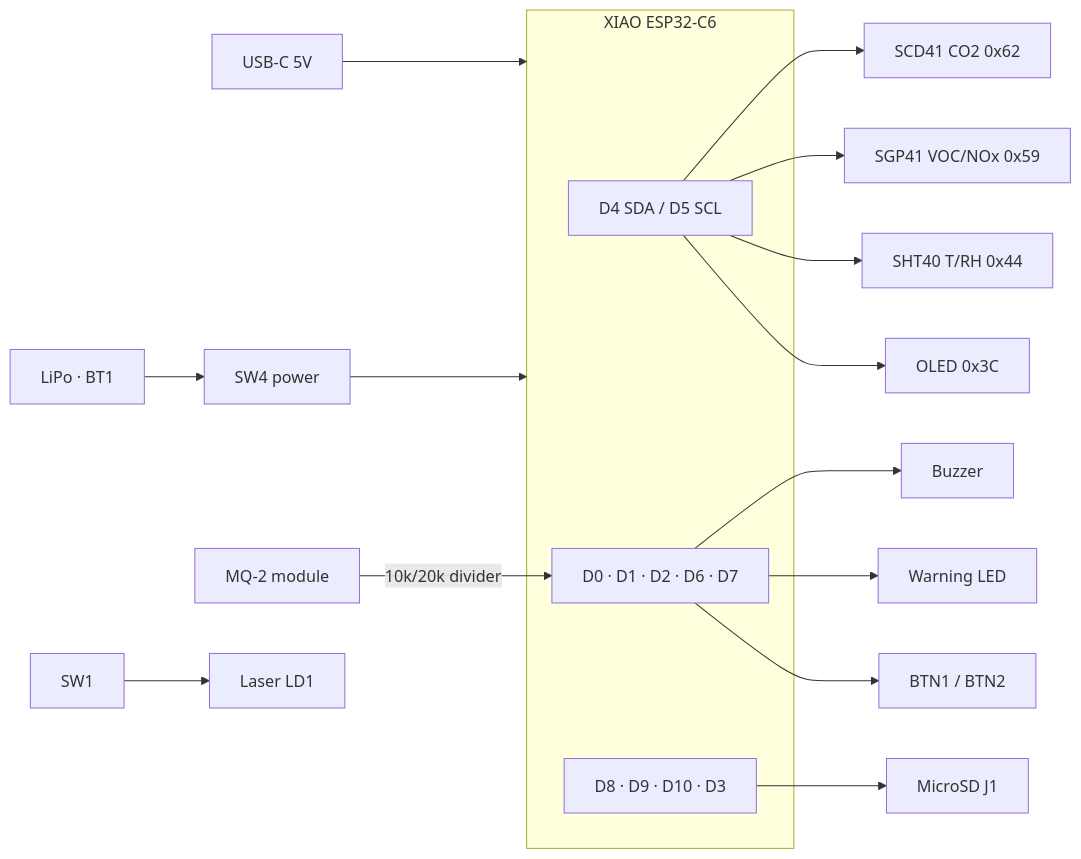
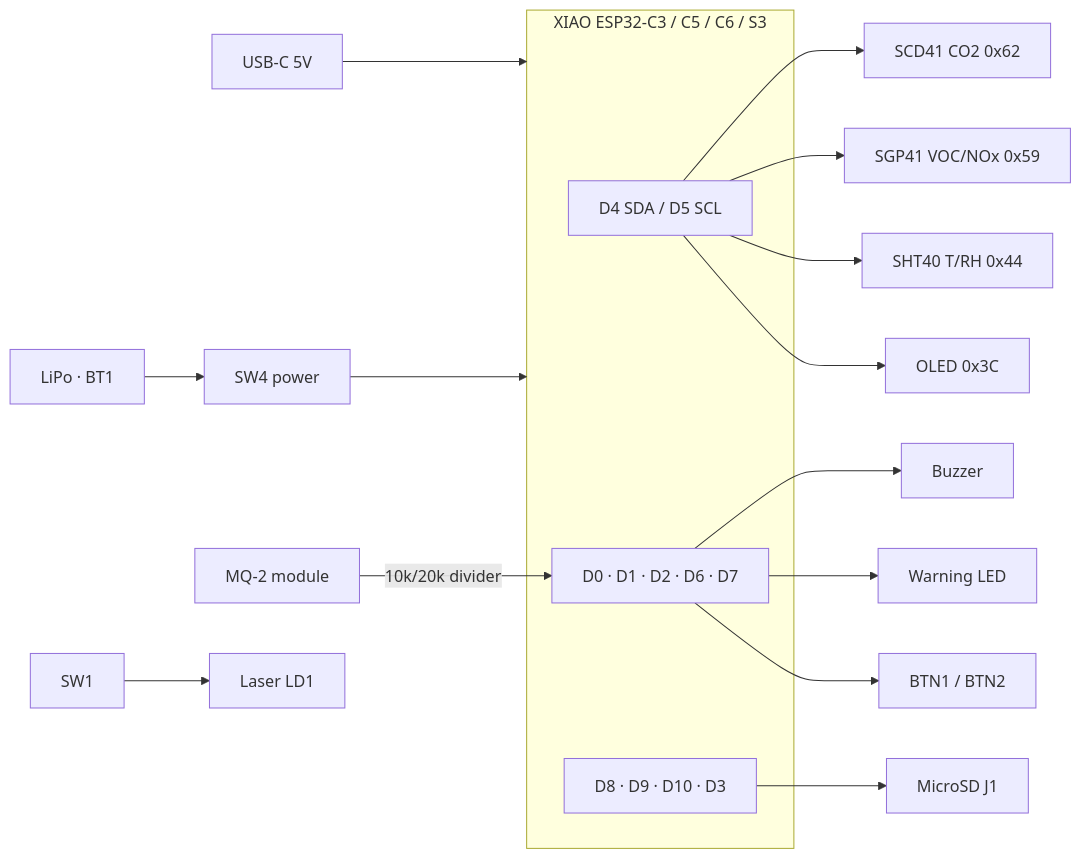
One commit to planmarks/KUTSU-Pollution-Detector changed the diagram in KUTSU 1.0/HARDWARE.md. Above: the diagram before and after it, drawn with Mermaid. The commit also changed other lines of this file and 90 other files, not shown here.

````diff
--- a/KUTSU 1.0/HARDWARE.md
+++ b/KUTSU 1.0/HARDWARE.md
@@ -102,20 +112,20 @@
 ```mermaid
 flowchart LR
     USB[USB-C 5V] --> XIAO
     BAT[LiPo · BT1] --> SW4[SW4 power] --> XIAO
-    subgraph XIAO[XIAO ESP32-C6]
+    subgraph XIAO[XIAO ESP32-C3 / C5 / C6 / S3]
       I2C[D4 SDA / D5 SCL]
       SPI[D8 · D9 · D10 · D3]
       GP[D0 · D1 · D2 · D6 · D7]
     end
     I2C --> SCD41[SCD41 CO2 0x62]
     I2C --> SGP41[SGP41 VOC/NOx 0x59]
     I2C --> SHT40[SHT40 T/RH 0x44]
     I2C --> OLED[OLED 0x3C]
     SPI --> SD[MicroSD J1]
     GP --> BZ[Buzzer]
     GP --> LED[Warning LED]
     GP --> BTN[BTN1 / BTN2]
     MQ2[MQ-2 module] -- 10k/20k divider --> GP
     SW1[SW1] --> LASER[Laser LD1]
 ```
````
